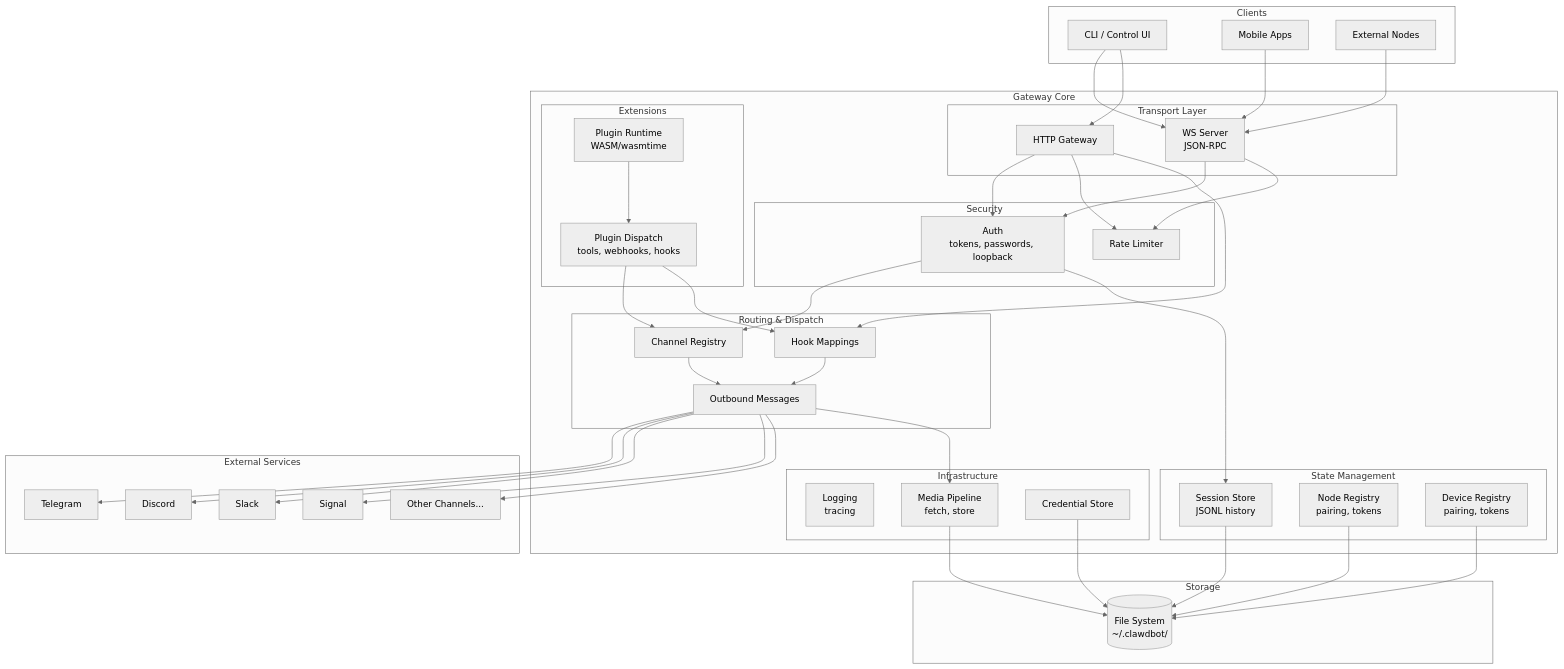
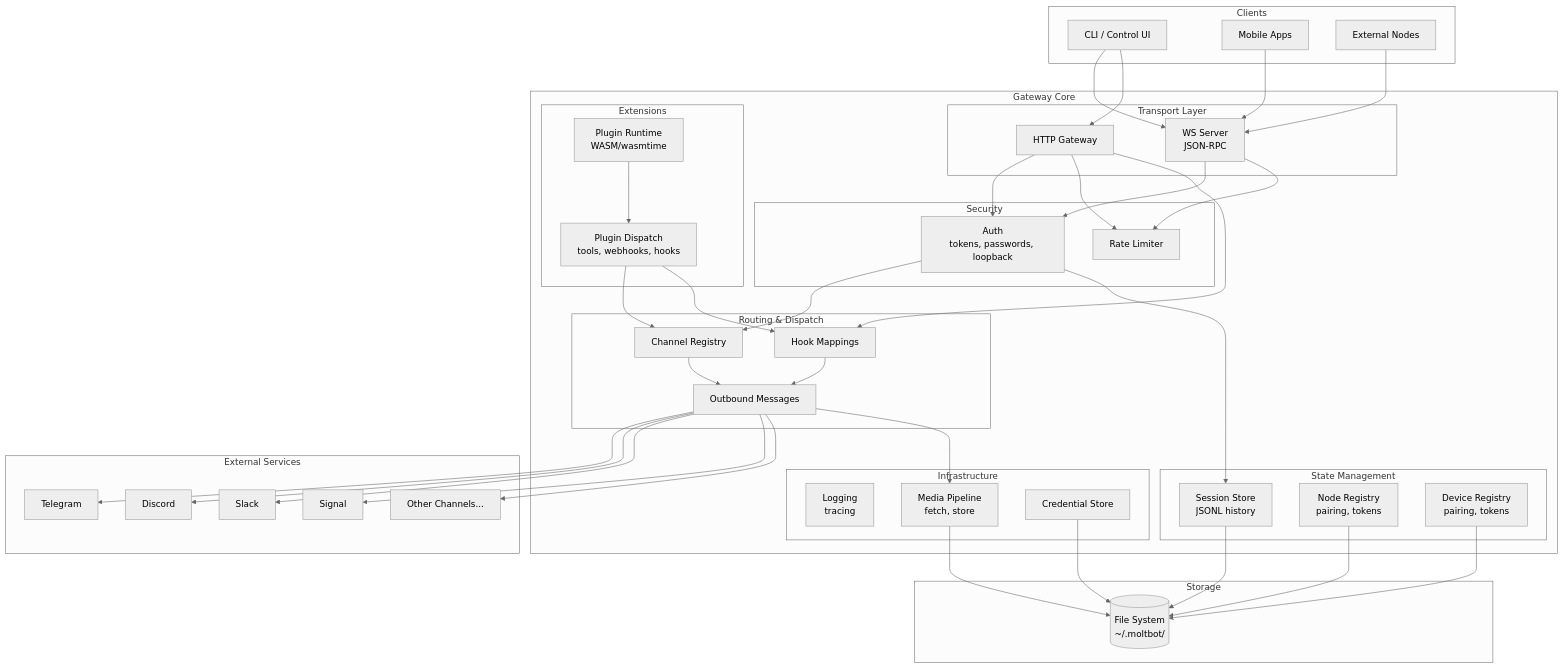
One commit to puremachinery/carapace changed the first of 3 diagrams in docs/architecture.md. Above: the diagram before and after it, drawn with Mermaid (neutral theme). The commit also changed other lines of this file and 51 other files, not shown here.

```diff
--- a/docs/architecture.md
+++ b/docs/architecture.md
@@ -56,7 +56,7 @@
     end
 
     subgraph "Storage"
-        FS[(File System<br/>~/.clawdbot/)]
+        FS[(File System<br/>~/.moltbot/)]
     end
 
     %% Client connections
```
